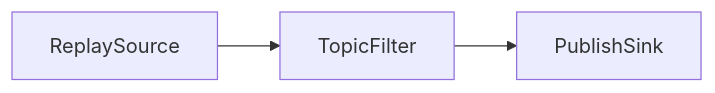
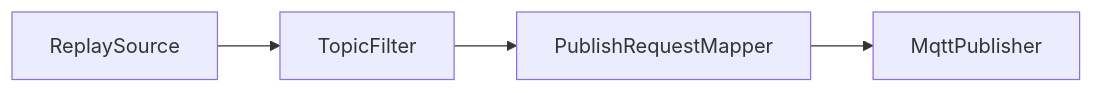
The second of 5 diagrams in docs/fork-flow.md (araxis/FluxMq), drawn with Mermaid before and after one commit. The commit also changed other lines of this file and 70 other files, not shown here.

````diff
--- a/docs/fork-flow.md
+++ b/docs/fork-flow.md
@@ -26,5 +27,6 @@
 ```mermaid
 flowchart LR
     ReplaySource["ReplaySource"] --> ReplayFilter["TopicFilter"]
-    ReplayFilter --> PublishSink["PublishSink"]
+    ReplayFilter --> PublishMapper["PublishRequestMapper"]
+    PublishMapper --> Publisher["MqttPublisher"]
 ```
````
